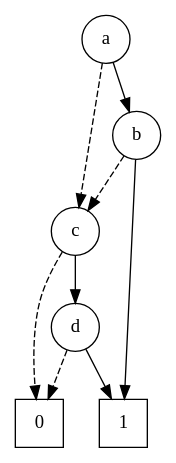
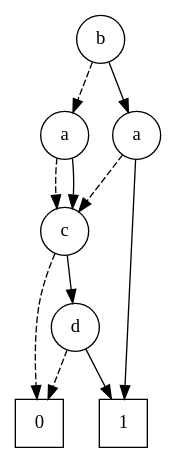
One commit to Alan-Jowett/bdd_test changed the diagram in test_expressions/reordered/simple_expression_bdd.dot. Above: the diagram before and after it, drawn with Graphviz. The commit also changed 33 other files, not shown here.

```diff
--- a/test_expressions/reordered/simple_expression_bdd.dot
+++ b/test_expressions/reordered/simple_expression_bdd.dot
@@ -1,21 +1,24 @@
 digraph DD {
 
-    node [shape = square] node2 node4;
+    node [shape = square] node3 node5;
     node [shape = circle];
 
-    node0 [label = "a", tooltip = "0"];
-    node1 [label = "c", tooltip = "2"];
-    node2 [label = "0", tooltip = "0"];
-    node3 [label = "d", tooltip = "3"];
-    node4 [label = "1", tooltip = "1"];
-    node5 [label = "b", tooltip = "1"];
+    node0 [label = "b", tooltip = "1"];
+    node1 [label = "a", tooltip = "0"];
+    node2 [label = "c", tooltip = "2"];
+    node3 [label = "0", tooltip = "0"];
+    node4 [label = "d", tooltip = "3"];
+    node5 [label = "1", tooltip = "1"];
+    node6 [label = "a", tooltip = "0"];
 
     node0 -> node1 [style = dashed];
     node1 -> node2 [style = dashed];
-    node1 -> node3 [style = solid];
-    node3 -> node2 [style = dashed];
-    node3 -> node4 [style = solid];
-    node0 -> node5 [style = solid];
-    node5 -> node1 [style = dashed];
-    node5 -> node4 [style = solid];
+    node2 -> node3 [style = dashed];
+    node2 -> node4 [style = solid];
+    node4 -> node3 [style = dashed];
+    node4 -> node5 [style = solid];
+    node1 -> node2 [style = solid];
+    node0 -> node6 [style = solid];
+    node6 -> node2 [style = dashed];
+    node6 -> node5 [style = solid];
 }
```
